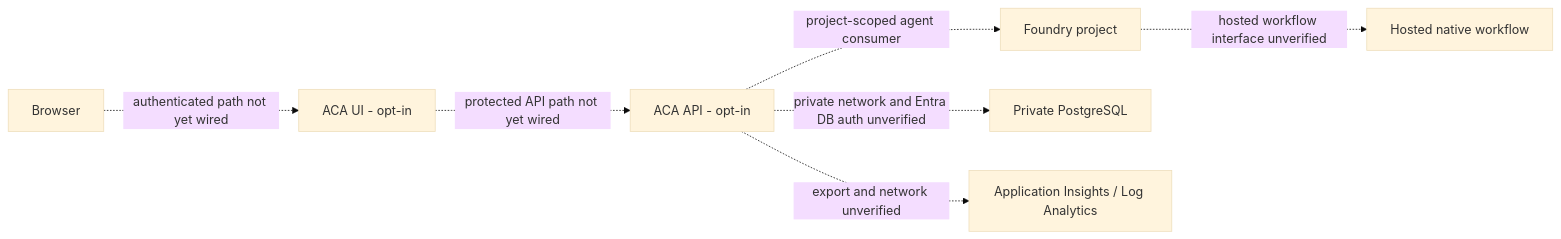
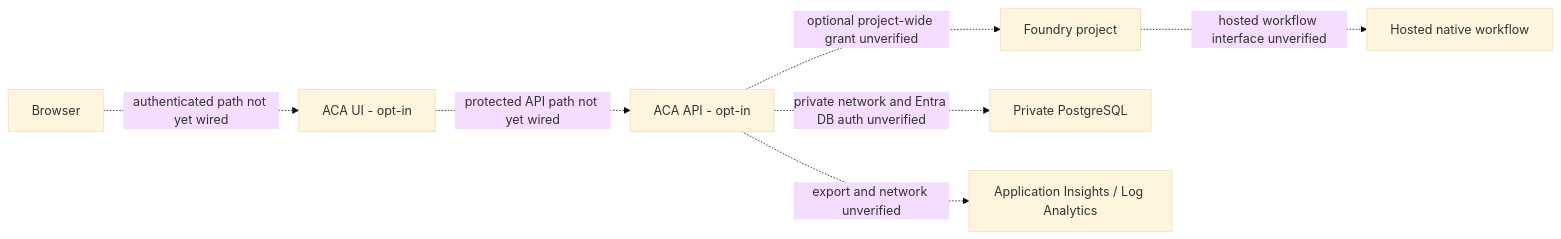
One commit to ppenumatsa1/agent-blueprints changed the diagram in blueprints/maf/workflow/infra/README.md. Above: the diagram before and after it, drawn with Mermaid (base theme). The commit also changed other lines of this file and 22 other files, not shown here.

````diff
--- a/blueprints/maf/workflow/infra/README.md
+++ b/blueprints/maf/workflow/infra/README.md
@@ -12,9 +12,9 @@
 ```mermaid
 flowchart LR
   Browser[Browser] -. authenticated path not yet wired .-> UI[ACA UI - opt-in]
   UI -. protected API path not yet wired .-> API[ACA API - opt-in]
-  API -. project-scoped agent consumer .-> Foundry[Foundry project]
+  API -. optional project-wide grant unverified .-> Foundry[Foundry project]
   Foundry -. hosted workflow interface unverified .-> Agent[Hosted native workflow]
   API -. private network and Entra DB auth unverified .-> DB[Private PostgreSQL]
   API -. export and network unverified .-> AI[Application Insights / Log Analytics]
 ```
````
